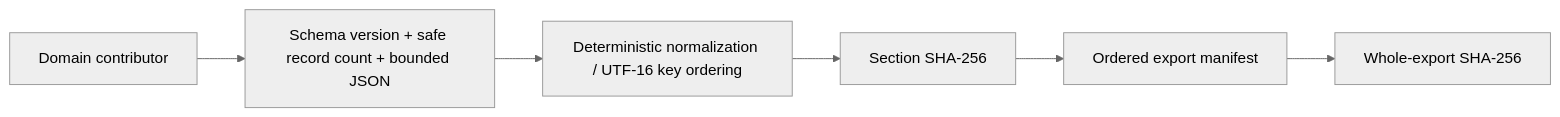
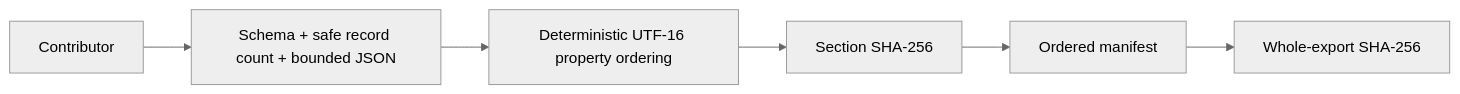
One commit to ContextualWisdomLab/life-os changed the tenth of 14 diagrams in docs/UML.md. Above: the diagram before and after it, drawn with Mermaid (neutral theme). The commit also changed other lines of this file, not shown here.

Commit message:
docs(uml): reconcile current integration and verification flows

````diff
--- a/docs/UML.md
+++ b/docs/UML.md
@@ -199,8 +185,8 @@
 ```mermaid
 flowchart LR
-    C[Domain contributor] --> S[Schema version + safe record count + bounded JSON]
-    S --> N[Deterministic normalization / UTF-16 key ordering]
-    N --> D[Section SHA-256]
-    D --> M[Ordered export manifest]
-    M --> W[Whole-export SHA-256]
+    Contributor --> Section[Schema + safe record count + bounded JSON]
+    Section --> Normalize[Deterministic UTF-16 property ordering]
+    Normalize --> Digest[Section SHA-256]
+    Digest --> Manifest[Ordered manifest]
+    Manifest --> Whole[Whole-export SHA-256]
 ```
````
